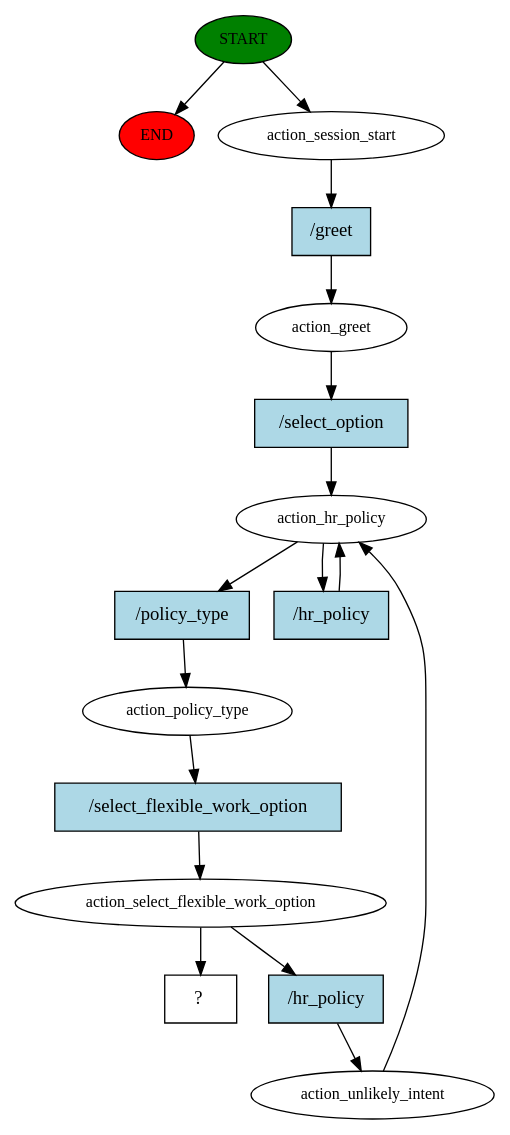
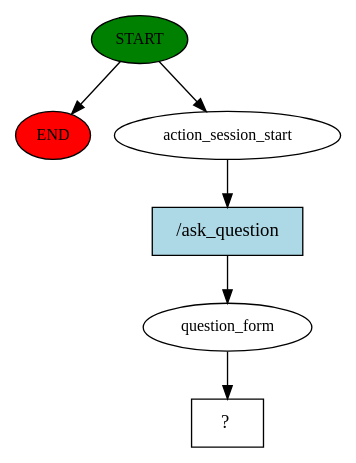
The diagram in story_graph.dot (AIAnupSHrestha/amelia-chatbot), drawn with Graphviz before and after one commit. The commit also changed 5 other files, not shown here.

Commit message:
static policy form

```diff
--- a/story_graph.dot
+++ b/story_graph.dot
@@ -1,33 +1,13 @@
 digraph  {
 0 [class="start active", fillcolor=green, fontsize=12, label=START, style=filled];
 "-1" [class=end, fillcolor=red, fontsize=12, label=END, style=filled];
 1 [class=active, fontsize=12, label=action_session_start];
-2 [class=active, fontsize=12, label=action_greet];
-3 [class=active, fontsize=12, label=action_hr_policy];
-5 [class=active, fontsize=12, label=action_policy_type];
-6 [class=active, fontsize=12, label=action_select_flexible_work_option];
-7 [class=active, fontsize=12, label=action_unlikely_intent];
-35 [class="intent dashed active", label="  ?  ", shape=rect];
-36 [class="intent active", fillcolor=lightblue, label="/greet", shape=rect, style=filled];
-37 [class="intent active", fillcolor=lightblue, label="/select_option", shape=rect, style=filled];
-38 [class="intent active", fillcolor=lightblue, label="/policy_type", shape=rect, style=filled];
-39 [class="intent active", fillcolor=lightblue, label="/hr_policy", shape=rect, style=filled];
-40 [class="intent active", fillcolor=lightblue, label="/select_flexible_work_option", shape=rect, style=filled];
-41 [class="intent active", fillcolor=lightblue, label="/hr_policy", shape=rect, style=filled];
+2 [class=active, fontsize=12, label=question_form];
+3 [class="intent dashed active", label="  ?  ", shape=rect];
+4 [class="intent active", fillcolor=lightblue, label="/ask_question", shape=rect, style=filled];
 0 -> "-1"  [class="", key=NONE, label=""];
 0 -> 1  [class=active, key=NONE, label=""];
-1 -> 36  [class=active, key=0];
-2 -> 37  [class=active, key=0];
-3 -> 38  [class=active, key=0];
-3 -> 39  [class=active, key=0];
-5 -> 40  [class=active, key=0];
-6 -> 35  [class=active, key=NONE, label=""];
-6 -> 41  [class=active, key=0];
-7 -> 3  [class=active, key=NONE, label=""];
-36 -> 2  [class=active, key=0];
-37 -> 3  [class=active, key=0];
-38 -> 5  [class=active, key=0];
-39 -> 3  [class=active, key=0];
-40 -> 6  [class=active, key=0];
-41 -> 7  [class=active, key=0];
+1 -> 4  [class=active, key=0];
+2 -> 3  [class=active, key=NONE, label=""];
+4 -> 2  [class=active, key=0];
 }
```
